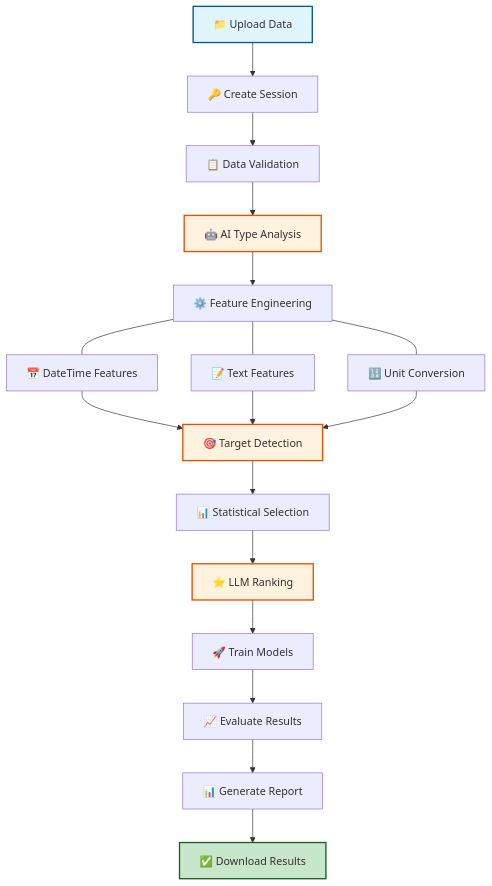
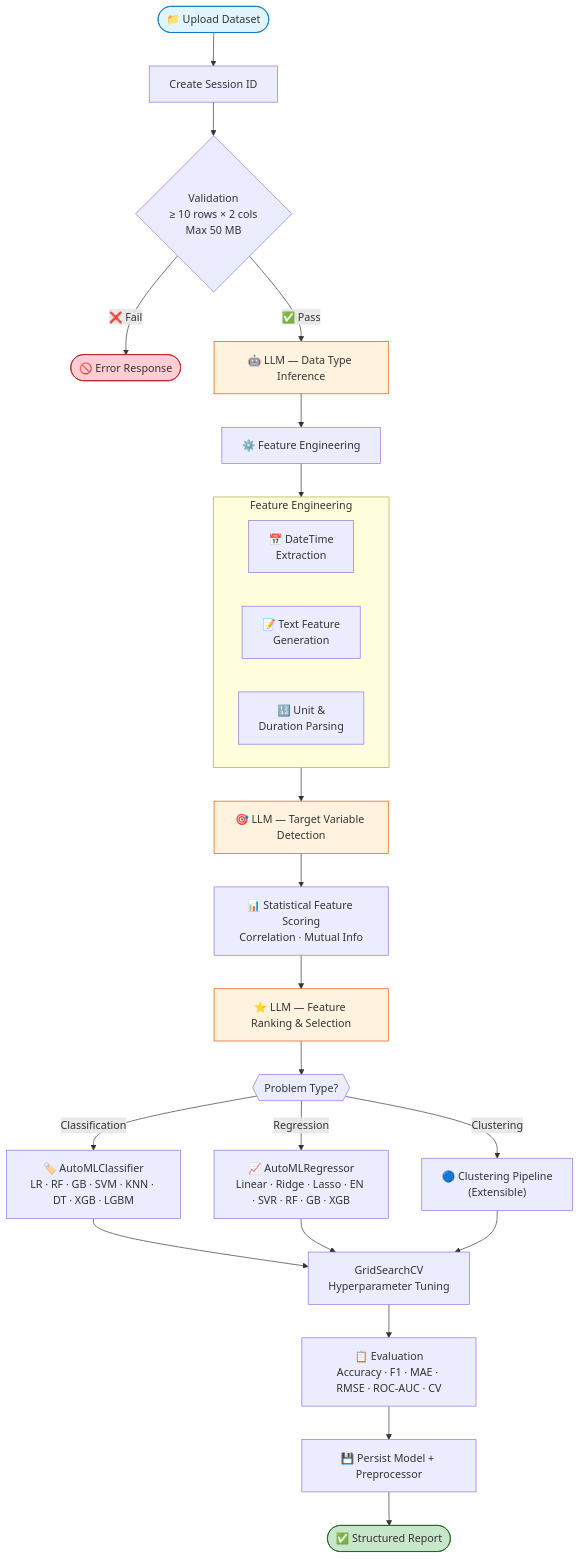
The second of 3 diagrams in README.md (Mayuresh-Bairagi/automl), drawn with Mermaid before and after one commit. The commit also changed other lines of this file, not shown here.

First line of the commit message:
docs: create professional production-grade README.md

````diff
--- a/README.md
+++ b/README.md
@@ -212,25 +240,41 @@
 ```mermaid
 flowchart TD
-    A["📁 Upload Data"] --> B["🔑 Create Session"]
-    B --> C["📋 Data Validation"]
-    C --> D["🤖 AI Type Analysis"]
+    A(["📁 Upload Dataset"]) --> B["Create Session ID"]
+    B --> C{"Validation\n≥ 10 rows × 2 cols\nMax 50 MB"}
+    C -->|❌ Fail| ERR(["🚫 Error Response"])
+    C -->|✅ Pass| D["🤖 LLM — Data Type Inference"]
     D --> E["⚙️ Feature Engineering"]
-    E --- E1["📅 DateTime Features"]
-    E --- E2["📝 Text Features"]
-    E --- E3["🔢 Unit Conversion"]
-    E1 --> F["🎯 Target Detection"]
-    E2 --> F
-    E3 --> F
-    F --> G["📊 Statistical Selection"]
-    G --> H["⭐ LLM Ranking"]
-    H --> I["🚀 Train Models"]
-    I --> J["📈 Evaluate Results"]
-    J --> K["📊 Generate Report"]
-    K --> L["✅ Download Results"]
-    
-    style A fill:#e1f5fe,stroke:#01579b,stroke-width:2px
-    style L fill:#c8e6c9,stroke:#1b5e20,stroke-width:2px
-    style D fill:#fff3e0,stroke:#e65100,stroke-width:2px
-    style F fill:#fff3e0,stroke:#e65100,stroke-width:2px
-    style H fill:#fff3e0,stroke:#e65100,stroke-width:2px
+
+    subgraph FE["Feature Engineering"]
+        direction LR
+        E1["📅 DateTime\nExtraction"]
+        E2["📝 Text Feature\nGeneration"]
+        E3["🔢 Unit &\nDuration Parsing"]
+    end
+
+    E --> FE
+
+    FE --> F["🎯 LLM — Target Variable Detection"]
+    F --> G["📊 Statistical Feature Scoring\nCorrelation · Mutual Info"]
+    G --> H["⭐ LLM — Feature Ranking & Selection"]
+    H --> I{{"Problem Type?"}}
+
+    I -->|Classification| J["🏷️ AutoMLClassifier\nLR · RF · GB · SVM · KNN · DT · XGB · LGBM"]
+    I -->|Regression| K["📈 AutoMLRegressor\nLinear · Ridge · Lasso · EN · SVR · RF · GB · XGB"]
+    I -->|Clustering| L["🔵 Clustering Pipeline\n(Extensible)"]
+
+    J --> M["GridSearchCV\nHyperparameter Tuning"]
+    K --> M
+    L --> M
+
+    M --> N["📋 Evaluation\nAccuracy · F1 · MAE · RMSE · ROC-AUC · CV"]
+    N --> O["💾 Persist Model + Preprocessor"]
+    O --> P(["✅ Structured Report"])
+
+    style A fill:#e1f5fe,stroke:#0277bd
+    style P fill:#c8e6c9,stroke:#1b5e20
+    style ERR fill:#ffcdd2,stroke:#b71c1c
+    style D fill:#fff3e0,stroke:#e65100
+    style F fill:#fff3e0,stroke:#e65100
+    style H fill:#fff3e0,stroke:#e65100
 ```
````
